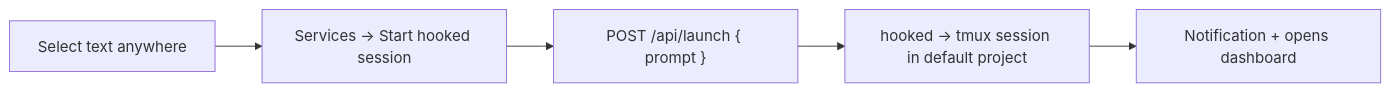
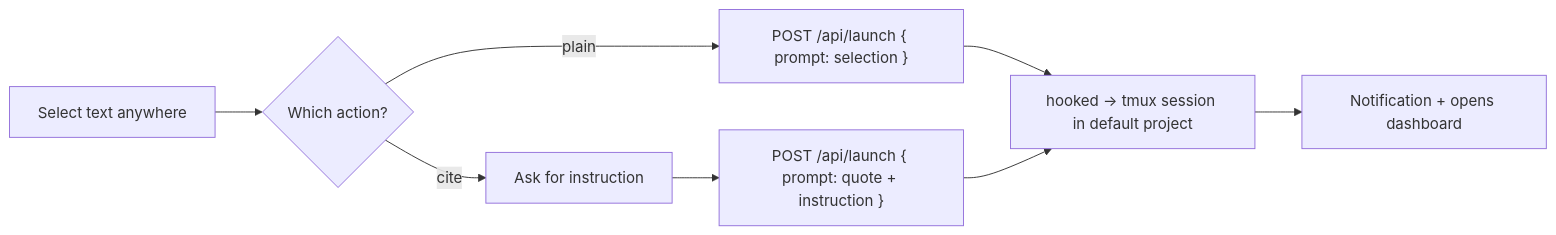
Before and after one commit to qjoly/hooked: the diagram in contrib/macos-quick-action/README.md, drawn with Mermaid. The commit also changed other lines of this file and 3 other files, not shown here.

First line of the commit message:
docs(contrib): add 'Start hooked session (cite)' Quick Action variant

````diff
--- a/contrib/macos-quick-action/README.md
+++ b/contrib/macos-quick-action/README.md
@@ -5,7 +12,9 @@
 ```mermaid
 flowchart LR
-  A[Select text anywhere] --> B[Services → Start hooked session]
-  B --> C["POST /api/launch { prompt }"]
-  C --> D[hooked → tmux session in default project]
-  D --> E[Notification + opens dashboard]
+  A[Select text anywhere] --> B{Which action?}
+  B -->|plain| C["POST /api/launch { prompt: selection }"]
+  B -->|cite| P[Ask for instruction] --> D["POST /api/launch { prompt: quote + instruction }"]
+  C --> E[hooked → tmux session in default project]
+  D --> E
+  E --> F[Notification + opens dashboard]
 ```
````
